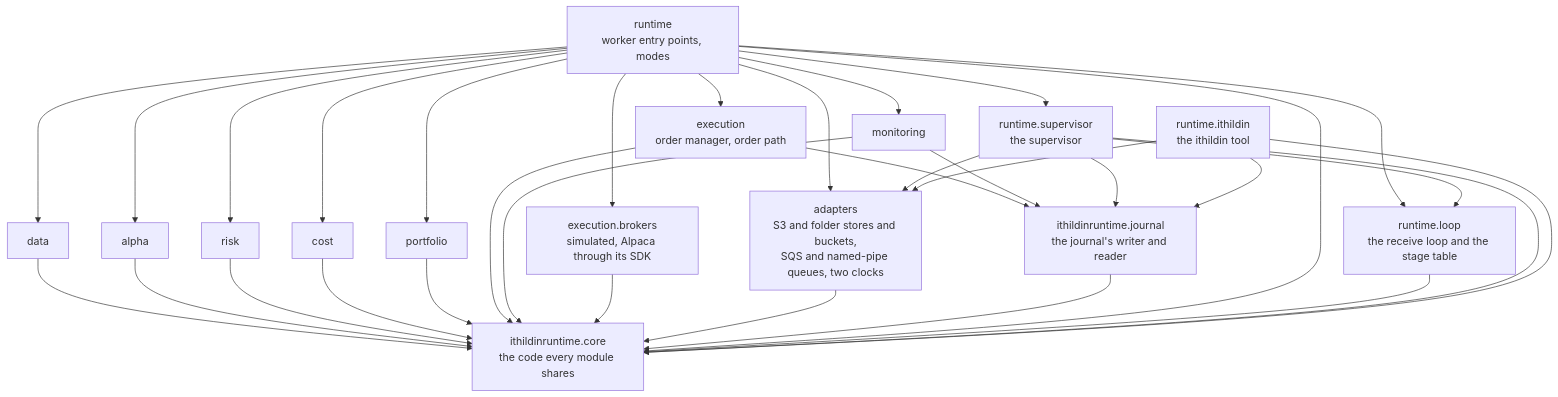
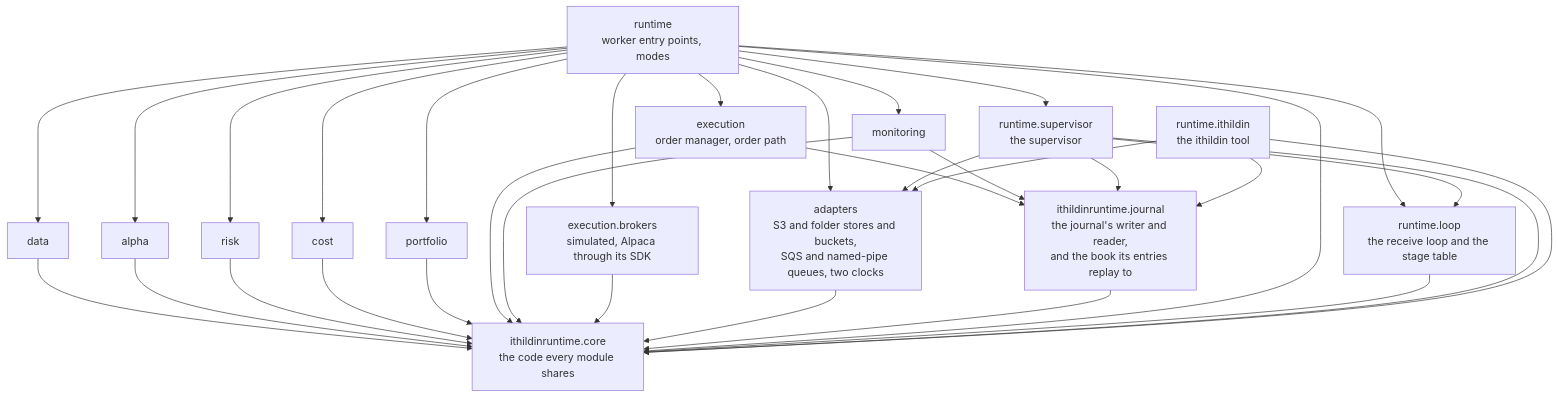
Before and after one commit to l3a0/ithildin-runtime: the tenth of 10 diagrams in docs/architecture/05-building-blocks.md, drawn with Mermaid. The commit also changed other lines of this file and 91 other files, not shown here.

First line of the commit message:
feat(journal): what an entry holds, an order's states and the book they replay to (#159)

````diff
--- a/docs/architecture/05-building-blocks.md
+++ b/docs/architecture/05-building-blocks.md
@@ -1389,51 +1631,51 @@
 ```mermaid
 flowchart TB
     core["ithildinruntime.core<br/>the code every module shares"]
-    journal["ithildinruntime.journal<br/>the journal's writer and reader"]
+    journal["ithildinruntime.journal<br/>the journal's writer and reader,<br/>and the book its entries replay to"]
     adapters["adapters<br/>S3 and folder stores and buckets,<br/>SQS and named-pipe queues, two clocks"]
     data["data"]
     alpha["alpha"]
     risk["risk"]
     cost["cost"]
     portfolio["portfolio"]
     execution["execution<br/>order manager, order path"]
     brokers["execution.brokers<br/>simulated, Alpaca through its SDK"]
     monitoring["monitoring"]
     runtime["runtime<br/>worker entry points, modes"]
     loop["runtime.loop<br/>the receive loop and the stage table"]
     supervisor["runtime.supervisor<br/>the supervisor"]
     tool["runtime.ithildin<br/>the ithildin tool"]
 
     data --> core
     alpha --> core
     risk --> core
     cost --> core
     portfolio --> core
     execution --> core
     monitoring --> core
     brokers --> core
     adapters --> core
     journal --> core
     execution --> journal
     monitoring --> journal
     runtime --> core
     runtime --> adapters
     runtime --> data
     runtime --> alpha
     runtime --> risk
     runtime --> cost
     runtime --> portfolio
     runtime --> execution
     runtime --> brokers
     runtime --> monitoring
     runtime --> loop
     runtime --> supervisor
     loop --> core
     supervisor --> core
     supervisor --> journal
     supervisor --> adapters
     supervisor --> loop
     tool --> core
     tool --> adapters
     tool --> journal
 ```
````
